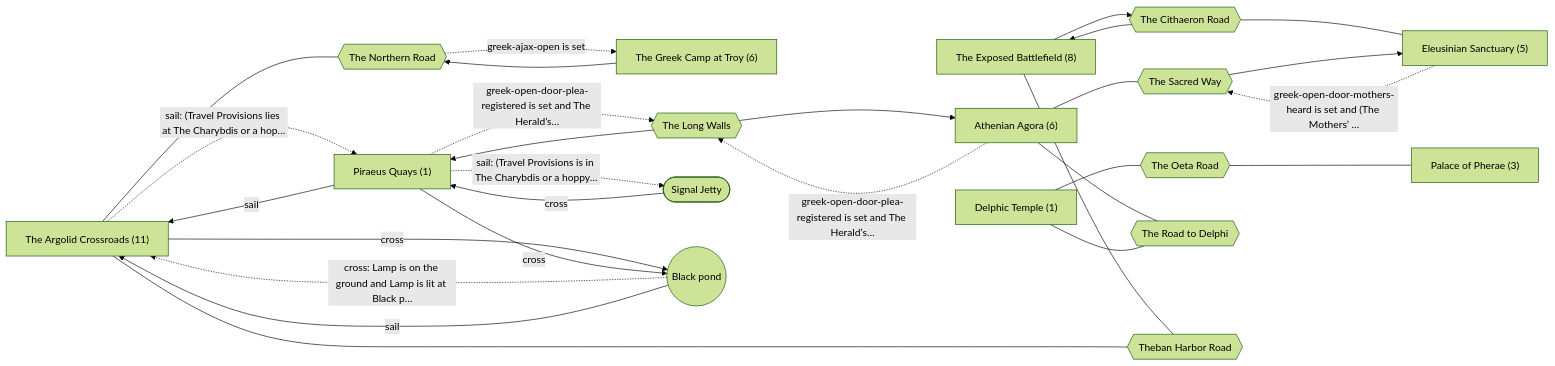
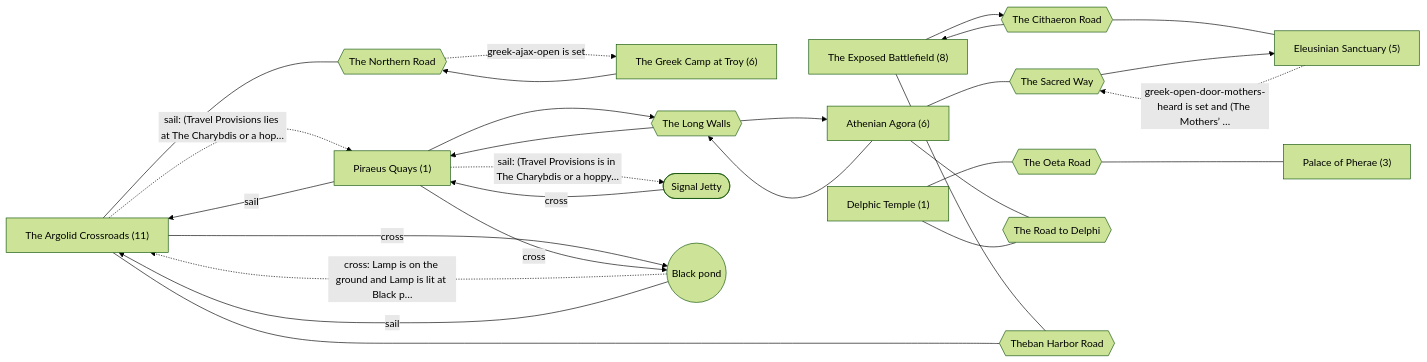
One commit to cenetex/cosyworld changed the first of 14 diagrams in docs/maps/greek-drama.md. Above: the diagram before and after it, drawn with Mermaid (forest theme). The commit also changed other lines of this file and 22 other files, not shown here.

First line of the commit message:
Open the Long Walls from the start: burial gates no road to Athens (#2698)

````diff
--- a/docs/maps/greek-drama.md
+++ b/docs/maps/greek-drama.md
@@ -14,47 +14,47 @@
 ```mermaid
 flowchart LR
   n_d_greek_argolid_road["The Argolid Crossroads (11)"]
   n_d_greek_athens["Athenian Agora (6)"]
   n_d_greek_battlefield["The Exposed Battlefield (8)"]
   n_d_greek_delphi["Delphic Temple (1)"]
   n_d_greek_eleusis["Eleusinian Sanctuary (5)"]
   n_d_greek_greek_camp["The Greek Camp at Troy (6)"]
   n_d_greek_pherae["Palace of Pherae (3)"]
   n_d_greek_piraeus["Piraeus Quays (1)"]
   n_greek_cithaeron{{"The Cithaeron Road"}}
   n_greek_oeta{{"The Oeta Road"}}
   n_greek_road_athens_eleusis{{"The Sacred Way"}}
   n_greek_road_athens_piraeus{{"The Long Walls"}}
   n_greek_road_north{{"The Northern Road"}}
   n_greek_road_sacred_way{{"The Road to Delphi"}}
   n_greek_road_thebes{{"Theban Harbor Road"}}
   n_hoppycat_signal_jetty(["Signal Jetty"])
   n_pond(("Black pond"))
   n_d_greek_greek_camp --> n_greek_road_north
   n_d_greek_athens --- n_greek_road_athens_eleusis
-  n_d_greek_athens -. "greek-open-door-plea-registered is set and The Herald’s…" .-> n_greek_road_athens_piraeus
+  n_d_greek_athens --> n_greek_road_athens_piraeus
   n_d_greek_athens --- n_greek_road_sacred_way
   n_d_greek_battlefield --> n_greek_cithaeron
   n_greek_cithaeron --> n_d_greek_battlefield
   n_greek_cithaeron --- n_d_greek_eleusis
   n_d_greek_battlefield --- n_greek_road_thebes
   n_d_greek_delphi --- n_greek_oeta
   n_d_greek_delphi --- n_greek_road_sacred_way
   n_d_greek_eleusis -. "greek-open-door-mothers-heard is set and (The Mothers’ …" .-> n_greek_road_athens_eleusis
   n_d_greek_argolid_road -. "sail: (Travel Provisions lies at The Charybdis or a hop…" .-> n_d_greek_piraeus
   n_d_greek_argolid_road --- n_greek_road_north
   n_d_greek_argolid_road --- n_greek_road_thebes
   n_d_greek_argolid_road -- "cross" --> n_pond
   n_greek_oeta --- n_d_greek_pherae
   n_d_greek_piraeus -- "sail" --> n_d_greek_argolid_road
-  n_d_greek_piraeus -. "greek-open-door-plea-registered is set and The Herald’s…" .-> n_greek_road_athens_piraeus
+  n_d_greek_piraeus --> n_greek_road_athens_piraeus
   n_d_greek_piraeus -. "sail: (Travel Provisions is in The Charybdis or a hoppy…" .-> n_hoppycat_signal_jetty
   n_d_greek_piraeus -- "cross" --> n_pond
   n_greek_road_athens_eleusis --> n_d_greek_eleusis
   n_greek_road_athens_piraeus --> n_d_greek_athens
   n_greek_road_athens_piraeus --> n_d_greek_piraeus
   n_greek_road_north -. "greek-ajax-open is set" .-> n_d_greek_greek_camp
   n_hoppycat_signal_jetty -- "cross" --> n_d_greek_piraeus
   n_pond -. "cross: Lamp is on the ground and Lamp is lit at Black p…" .-> n_d_greek_argolid_road
   n_pond -- "sail" --> n_d_greek_argolid_road
 ```
````
